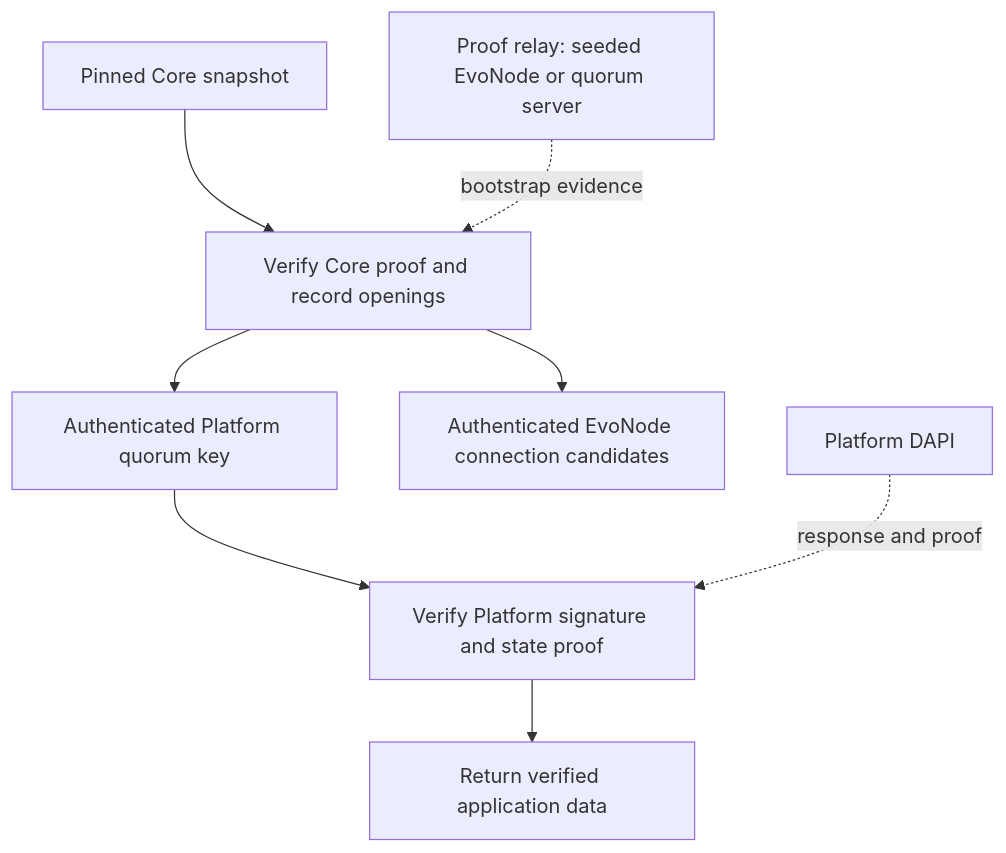
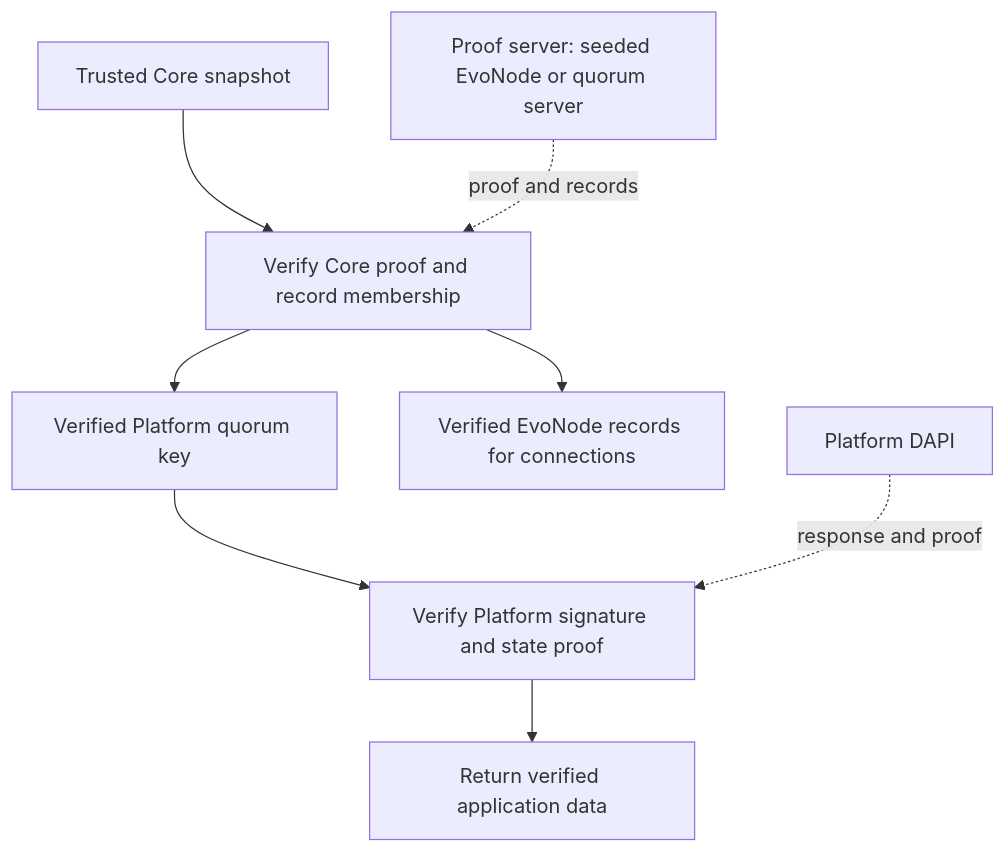
One commit to PastaPastaPasta/dips changed the first of 3 diagrams in dip-pasta-compact-quorum-proofs.md. Above: the diagram before and after it, drawn with Mermaid. The commit also changed other lines of this file, not shown here.

Commit message:
docs(dip): simplify compact proof specification and explanations

````diff
--- a/dip-pasta-compact-quorum-proofs.md
+++ b/dip-pasta-compact-quorum-proofs.md
@@ -86,10 +108,10 @@
 ```mermaid
 flowchart TD
-    snapshot["Pinned Core snapshot"] --> core["Verify Core proof and record openings"]
-    relay["Proof relay: seeded EvoNode or quorum server"] -. "bootstrap evidence" .-> core
-    core --> key["Authenticated Platform quorum key"]
-    core --> nodes["Authenticated EvoNode connection candidates"]
+    snapshot["Trusted Core snapshot"] --> core["Verify Core proof and record membership"]
+    relay["Proof server: seeded EvoNode or quorum server"] -. "proof and records" .-> core
+    core --> key["Verified Platform quorum key"]
+    core --> nodes["Verified EvoNode records for connections"]
     key --> platform["Verify Platform signature and state proof"]
     dapi["Platform DAPI"] -. "response and proof" .-> platform
     platform --> data["Return verified application data"]
 ```
````
